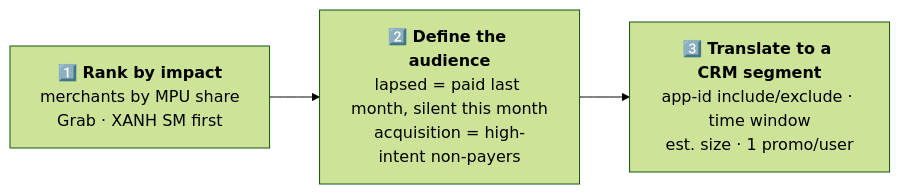
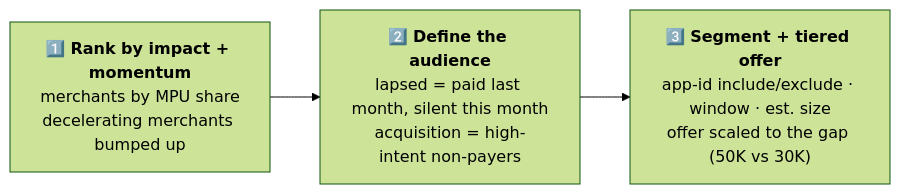
Before and after one commit to thai-max-nguyen/claw-a-thon-demo-agent-mvp: the third of 5 diagrams in README.md, drawn with Mermaid (forest theme). The commit also changed other lines of this file and 5 other files, not shown here.

First line of the commit message:
feat: deeper analysis — combine dashboards into momentum/funnel-leak/efficiency → smarter CRM notis

````diff
--- a/README.md
+++ b/README.md
@@ -107,7 +112,7 @@
 ```mermaid
 flowchart LR
-  R["1️⃣ <b>Rank by impact</b><br/>merchants by MPU share<br/>Grab · XANH SM first"]
+  R["1️⃣ <b>Rank by impact + momentum</b><br/>merchants by MPU share<br/>decelerating merchants bumped up"]
   D["2️⃣ <b>Define the audience</b><br/>lapsed = paid last month, silent this month<br/>acquisition = high-intent non-payers"]
-  C["3️⃣ <b>Translate to a CRM segment</b><br/>app-id include/exclude · time window<br/>est. size · 1 promo/user"]
+  C["3️⃣ <b>Segment + tiered offer</b><br/>app-id include/exclude · window · est. size<br/>offer scaled to the gap (50K vs 30K)"]
   R --> D --> C
 ```
````
